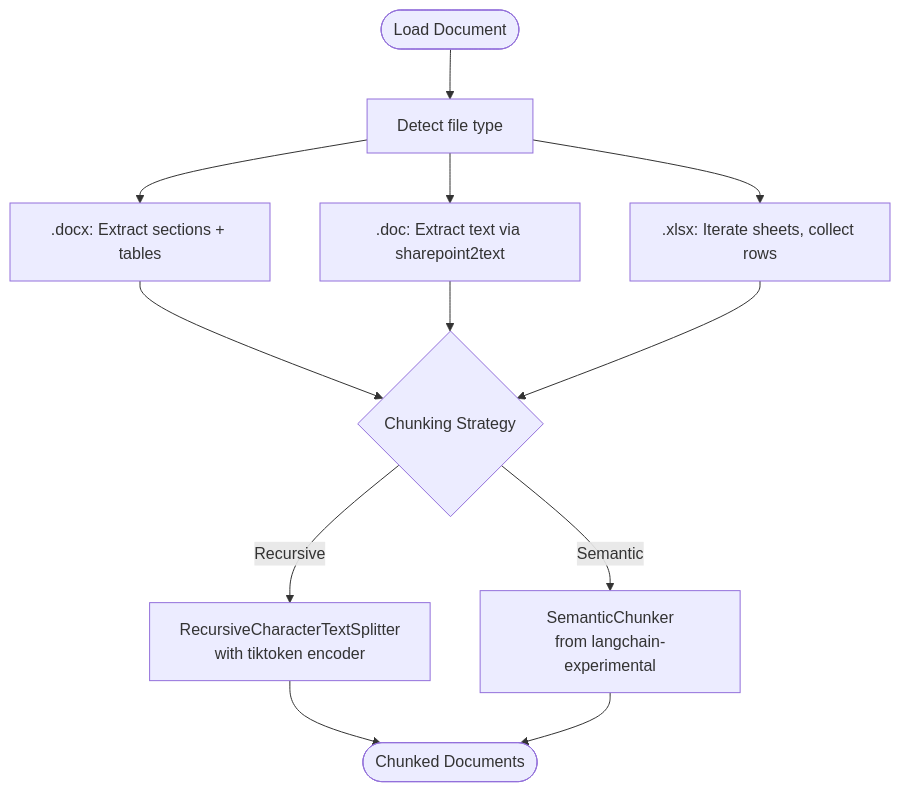
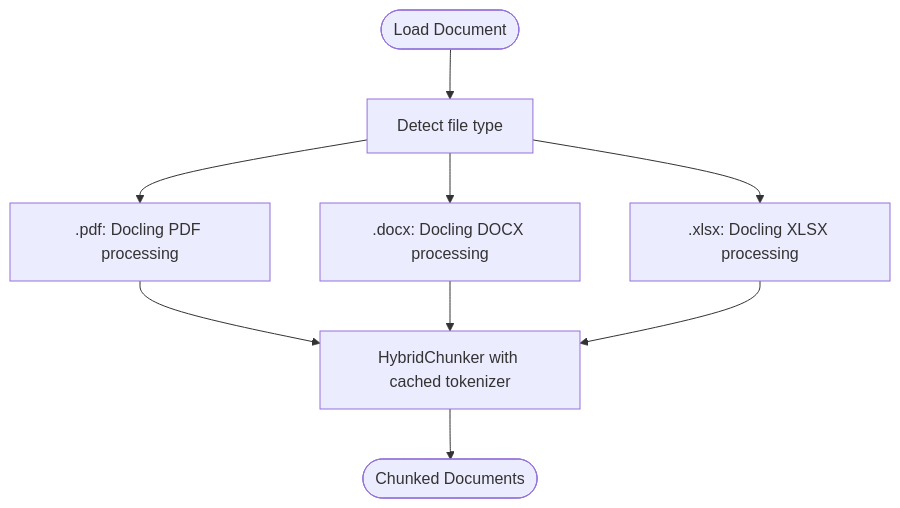
The eighth of 9 diagrams in .qoder/repowiki/en/content/VK Integration/Admin Package Integration.md (ognelis/cafetera_hr_bot), drawn with Mermaid before and after one commit. The commit also changed other lines of this file and 5 other files, not shown here.

````diff
--- a/.qoder/repowiki/en/content/VK Integration/Admin Package Integration.md
+++ b/.qoder/repowiki/en/content/VK Integration/Admin Package Integration.md
@@ -285,14 +295,11 @@
 ```mermaid
 flowchart TD
 Load([Load Document]) --> Detect["Detect file type"]
-Detect --> Docx[".docx: Extract sections + tables"]
-Detect --> Doc[".doc: Extract text via sharepoint2text"]
-Detect --> Xlsx[".xlsx: Iterate sheets, collect rows"]
-Docx --> Strategy{"Chunking Strategy"}
-Doc --> Strategy
-Xlsx --> Strategy
-Strategy --> |Recursive| TikToken["RecursiveCharacterTextSplitter<br/>with tiktoken encoder"]
-Strategy --> |Semantic| Semantic["SemanticChunker<br/>from langchain-experimental"]
-TikToken --> Output([Chunked Documents])
-Semantic --> Output
+Detect --> PDF[".pdf: Docling PDF processing"]
+Detect --> DOCX[".docx: Docling DOCX processing"]
+Detect --> XLSX[".xlsx: Docling XLSX processing"]
+PDF --> Chunker["HybridChunker with cached tokenizer"]
+DOCX --> Chunker
+XLSX --> Chunker
+Chunker --> Output([Chunked Documents])
 ```
````
